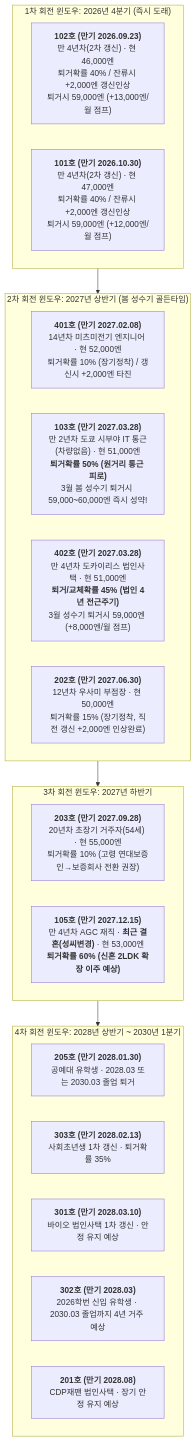
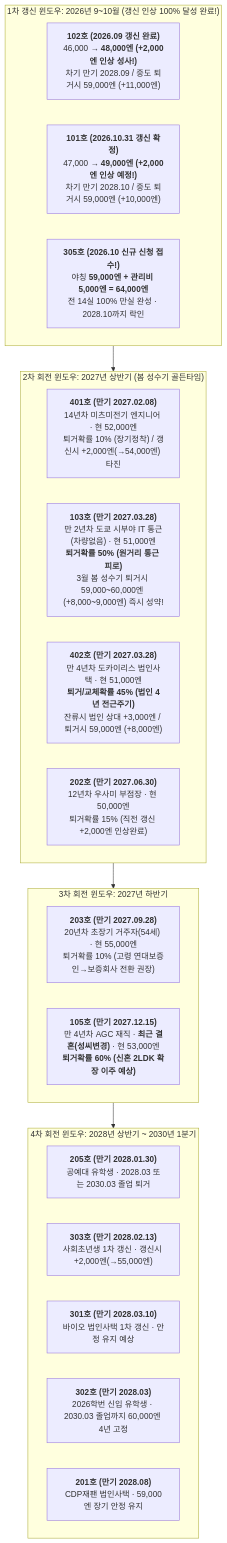
The second of 2 diagrams in foresthills/Foresta_Hills_Investment_Report_KO.md (cocomadde/myrealbiz), drawn with Mermaid before and after one commit. The commit also changed other lines of this file and 4 other files, not shown here.

````diff
--- a/foresthills/Foresta_Hills_Investment_Report_KO.md
+++ b/foresthills/Foresta_Hills_Investment_Report_KO.md
@@ -333,25 +345,26 @@
 ```mermaid
 flowchart TD
-    subgraph W1["1차 회전 윈도우: 2026년 4분기 (즉시 도래)"]
-        U102["<b>102호 (만기 2026.09.23)</b><br>만 4년차(2차 갱신) · 현 46,000엔<br>퇴거확률 40% / 잔류시 +2,000엔 갱신인상<br>퇴거시 59,000엔 (+13,000엔/월 점프)"]
-        U101["<b>101호 (만기 2026.10.30)</b><br>만 4년차(2차 갱신) · 현 47,000엔<br>퇴거확률 40% / 잔류시 +2,000엔 갱신인상<br>퇴거시 59,000엔 (+12,000엔/월 점프)"]
+    subgraph W1["1차 갱신 윈도우: 2026년 9~10월 (갱신 인상 100% 달성 완료!)"]
+        U102["<b>102호 (2026.09 갱신 완료)</b><br>46,000 → <b>48,000엔 (+2,000엔 인상 성사!)</b><br>차기 만기 2028.09 / 중도 퇴거시 59,000엔 (+11,000엔)"]
+        U101["<b>101호 (2026.10.31 갱신 확정)</b><br>47,000 → <b>49,000엔 (+2,000엔 인상 예정!)</b><br>차기 만기 2028.10 / 중도 퇴거시 59,000엔 (+10,000엔)"]
+        U305["<b>305호 (2026.10 신규 신청 접수!)</b><br>야칭 <b>59,000엔 + 관리비 5,000엔 = 64,000엔</b><br>전 14실 100% 만실 완성 · 2028.10까지 락인"]
     end
     subgraph W2["2차 회전 윈도우: 2027년 상반기 (봄 성수기 골든타임)"]
-        U401["<b>401호 (만기 2027.02.08)</b><br>14년차 미츠미전기 엔지니어 · 현 52,000엔<br>퇴거확률 10% (장기정착) / 갱신시 +2,000엔 타진"]
-        U103["<b>103호 (만기 2027.03.28)</b><br>만 2년차 도쿄 시부야 IT 통근(차량없음) · 현 51,000엔<br><b>퇴거확률 50% (원거리 통근 피로)</b><br>3월 봄 성수기 퇴거시 59,000~60,000엔 즉시 성약!"]
-        U402["<b>402호 (만기 2027.03.28)</b><br>만 4년차 도카이리스 법인사택 · 현 51,000엔<br><b>퇴거/교체확률 45% (법인 4년 전근주기)</b><br>3월 성수기 퇴거시 59,000엔 (+8,000엔/월 점프)"]
-        U202["<b>202호 (만기 2027.06.30)</b><br>12년차 우사미 부점장 · 현 50,000엔<br>퇴거확률 15% (장기정착, 직전 갱신 +2,000엔 인상완료)"]
+        U401["<b>401호 (만기 2027.02.08)</b><br>14년차 미츠미전기 엔지니어 · 현 52,000엔<br>퇴거확률 10% (장기정착) / 갱신시 +2,000엔(→54,000엔) 타진"]
+        U103["<b>103호 (만기 2027.03.28)</b><br>만 2년차 도쿄 시부야 IT 통근(차량없음) · 현 51,000엔<br><b>퇴거확률 50% (원거리 통근 피로)</b><br>3월 봄 성수기 퇴거시 59,000~60,000엔 (+8,000~9,000엔) 즉시 성약!"]
+        U402["<b>402호 (만기 2027.03.28)</b><br>만 4년차 도카이리스 법인사택 · 현 51,000엔<br><b>퇴거/교체확률 45% (법인 4년 전근주기)</b><br>잔류시 법인 상대 +3,000엔 / 퇴거시 59,000엔 (+8,000엔)"]
+        U202["<b>202호 (만기 2027.06.30)</b><br>12년차 우사미 부점장 · 현 50,000엔<br>퇴거확률 15% (직전 갱신 +2,000엔 인상완료)"]
     end
     subgraph W3["3차 회전 윈도우: 2027년 하반기"]
         U203["<b>203호 (만기 2027.09.28)</b><br>20년차 초장기 거주자(54세) · 현 55,000엔<br>퇴거확률 10% (고령 연대보증인→보증회사 전환 권장)"]
         U105["<b>105호 (만기 2027.12.15)</b><br>만 4년차 AGC 재직 · <b>최근 결혼(성씨변경)</b> · 현 53,000엔<br><b>퇴거확률 60% (신혼 2LDK 확장 이주 예상)</b>"]
     end
     subgraph W4["4차 회전 윈도우: 2028년 상반기 ~ 2030년 1분기"]
         U205["<b>205호 (만기 2028.01.30)</b><br>공예대 유학생 · 2028.03 또는 2030.03 졸업 퇴거"]
-        U303["<b>303호 (만기 2028.02.13)</b><br>사회초년생 1차 갱신 · 퇴거확률 35%"]
+        U303["<b>303호 (만기 2028.02.13)</b><br>사회초년생 1차 갱신 · 갱신시 +2,000엔(→55,000엔)"]
         U301["<b>301호 (만기 2028.03.10)</b><br>바이오 법인사택 1차 갱신 · 안정 유지 예상"]
-        U302["<b>302호 (만기 2028.03)</b><br>2026학번 신입 유학생 · 2030.03 졸업까지 4년 거주 예상"]
-        U201["<b>201호 (만기 2028.08)</b><br>CDP재팬 법인사택 · 장기 안정 유지 예상"]
+        U302["<b>302호 (만기 2028.03)</b><br>2026학번 신입 유학생 · 2030.03 졸업까지 60,000엔 4년 고정"]
+        U201["<b>201호 (만기 2028.08)</b><br>CDP재팬 법인사택 · 59,000엔 장기 안정 유지"]
     end
     W1 --> W2 --> W3 --> W4
 ```
````
